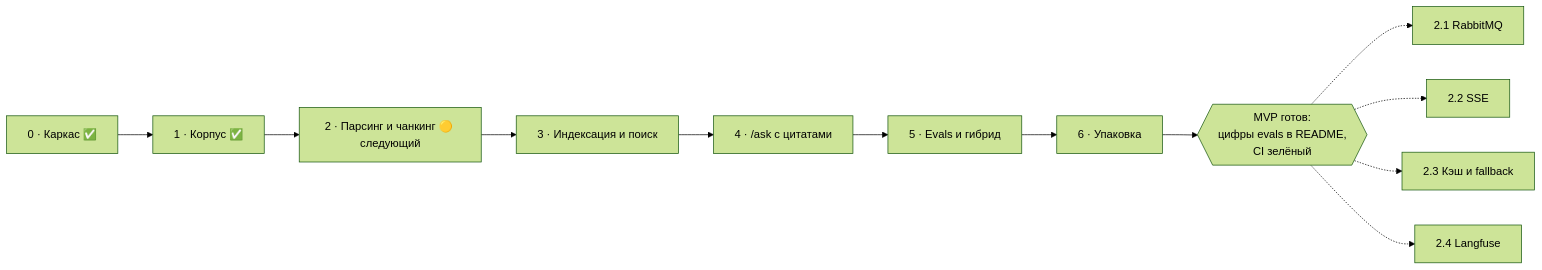
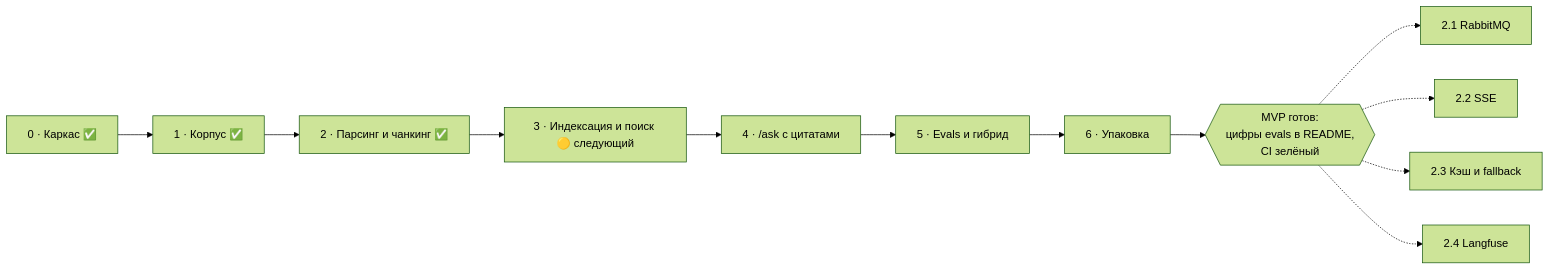
One commit to aibat-t/doc-assistant changed the first of 9 diagrams in docs/PLAN.md. Above: the diagram before and after it, drawn with Mermaid (forest theme). The commit also changed other lines of this file and 11 other files, not shown here.

````diff
--- a/docs/PLAN.md
+++ b/docs/PLAN.md
@@ -30,14 +30,14 @@
 ```mermaid
 flowchart LR
     S0["0 · Каркас ✅"] --> S1["1 · Корпус ✅"]
-    S1 --> S2["2 · Парсинг и чанкинг 🟡 следующий"]
-    S2 --> S3["3 · Индексация и поиск"]
+    S1 --> S2["2 · Парсинг и чанкинг ✅"]
+    S2 --> S3["3 · Индексация и поиск 🟡 следующий"]
     S3 --> S4["4 · /ask с цитатами"]
     S4 --> S5["5 · Evals и гибрид"]
     S5 --> S6["6 · Упаковка"]
     S6 --> G{{"MVP готов:<br/>цифры evals в README,<br/>CI зелёный"}}
     G -.-> L1["2.1 RabbitMQ"]
     G -.-> L2["2.2 SSE"]
     G -.-> L3["2.3 Кэш и fallback"]
     G -.-> L4["2.4 Langfuse"]
 ```
````
